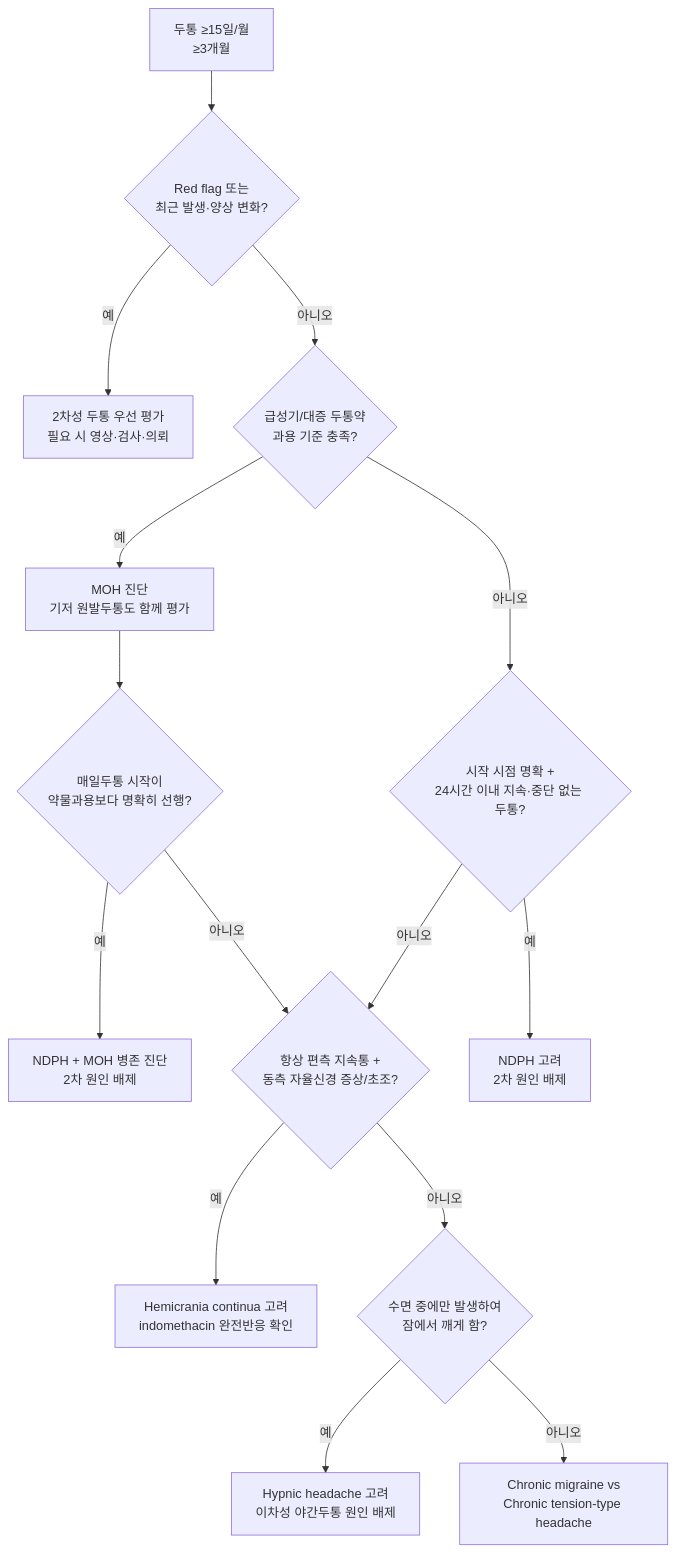
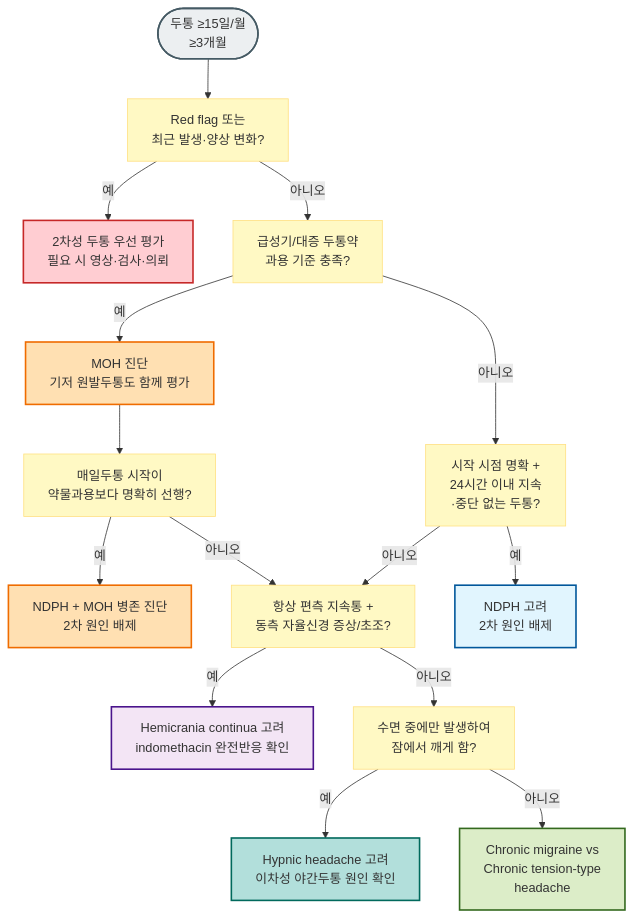
The diagram in 221_/018_-chronic-headache.md (familyoh77/familyoh77), drawn with Mermaid before and after one commit.

Commit message:
GITBOOK-1666: No subject

````diff
--- a/221_/018_-chronic-headache.md
+++ b/221_/018_-chronic-headache.md
@@ -28,18 +28,30 @@
 ```mermaid
 flowchart TD
-    A["두통 ≥15일/월<br/>≥3개월"] --> B{"Red flag 또는<br/>최근 발생·양상 변화?"}
+    A(["두통 ≥15일/월<br/>≥3개월"]) --> B["Red flag 또는<br/>최근 발생·양상 변화?"]
     B -- "예" --> C["2차성 두통 우선 평가<br/>필요 시 영상·검사·의뢰"]
-    B -- "아니오" --> D{"급성기/대증 두통약<br/>과용 기준 충족?"}
+    B -- "아니오" --> D["급성기/대증 두통약<br/>과용 기준 충족?"]
     D -- "예" --> E["MOH 진단<br/>기저 원발두통도 함께 평가"]
-    D -- "아니오" --> F{"시작 시점 명확 +<br/>24시간 이내 지속·중단 없는 두통?"}
-    E --> E1{"매일두통 시작이<br/>약물과용보다 명확히 선행?"}
+    D -- "아니오" --> F["시작 시점 명확 +<br/>24시간 이내 지속<br/>·중단 없는 두통?"]
+    E --> E1["매일두통 시작이<br/>약물과용보다 명확히 선행?"]
     E1 -- "예" --> G["NDPH + MOH 병존 진단<br/>2차 원인 배제"]
-    E1 -- "아니오" --> H{"항상 편측 지속통 +<br/>동측 자율신경 증상/초조?"}
+    E1 -- "아니오" --> H["항상 편측 지속통 +<br/>동측 자율신경 증상/초조?"]
     F -- "예" --> G1["NDPH 고려<br/>2차 원인 배제"]
     F -- "아니오" --> H
     H -- "예" --> I["Hemicrania continua 고려<br/>indomethacin 완전반응 확인"]
-    H -- "아니오" --> J{"수면 중에만 발생하여<br/>잠에서 깨게 함?"}
-    J -- "예" --> K["Hypnic headache 고려<br/>이차성 야간두통 원인 배제"]
-    J -- "아니오" --> L["Chronic migraine vs<br/>Chronic tension-type headache"]
+    H -- "아니오" --> J["수면 중에만 발생하여<br/>잠에서 깨게 함?"]
+    J -- "예" --> K["Hypnic headache 고려<br/>이차성 야간두통 원인 확인"]
+    J -- "아니오" --> L["Chronic migraine vs<br/>Chronic tension-type <br/>headache"]
+
+    style A fill:#eceff1,stroke:#455a64,stroke-width:2px
+classDef yellow fill:#fff9c4,stroke:#ffe082
+class B,D,F,E1,H,J yellow
+
+    style C fill:#ffcdd2,stroke:#c62828,stroke-width:2px
+    style E fill:#ffe0b2,stroke:#ef6c00,stroke-width:2px
+    style G fill:#ffe0b2,stroke:#ef6c00,stroke-width:2px
+    style G1 fill:#e1f5fe,stroke:#01579b,stroke-width:2px
+    style I fill:#f3e5f5,stroke:#4a148c,stroke-width:2px
+    style K fill:#b2dfdb,stroke:#00695c,stroke-width:2px
+    style L fill:#dcedc8,stroke:#33691e,stroke-width:2px
 
 ```
````
